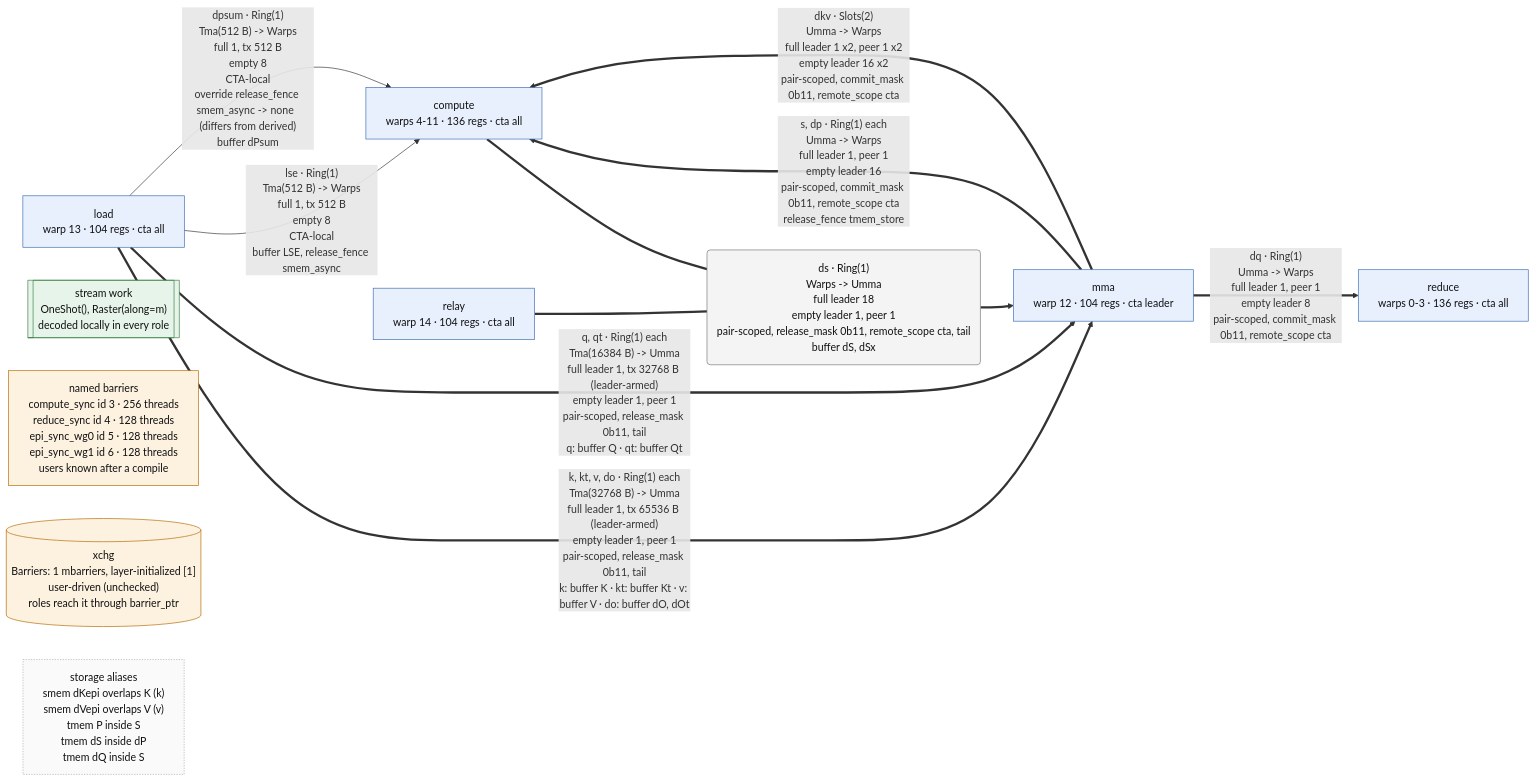
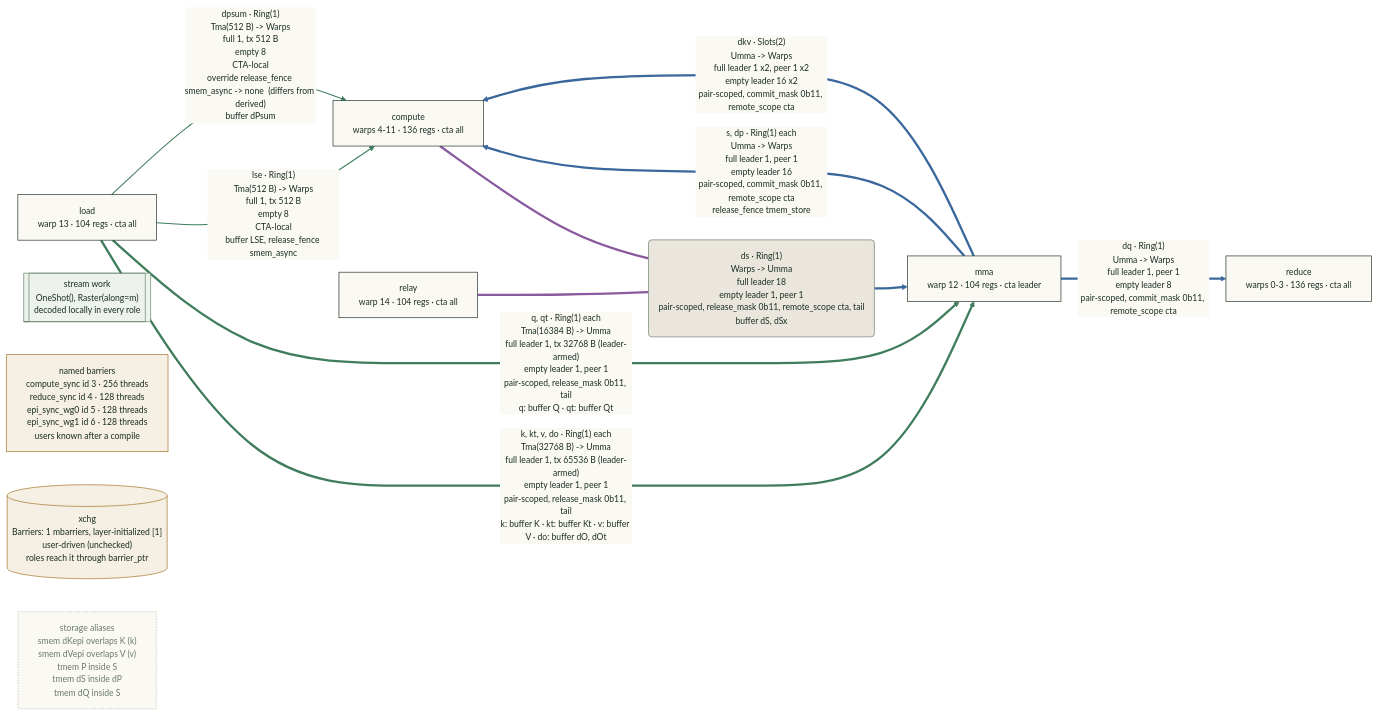
One commit to drisspg/transformer_nuggets changed the third of 3 diagrams in transformer_nuggets/cute/warpdrive/docs/tracing.md. Above: the diagram before and after it, drawn with Mermaid. The commit also changed other lines of this file and 4 other files, not shown here.

````diff
--- a/transformer_nuggets/cute/warpdrive/docs/tracing.md
+++ b/transformer_nuggets/cute/warpdrive/docs/tracing.md
@@ -210,35 +217,39 @@
 ```mermaid
-%%{init: {"flowchart": {"wrappingWidth": 400}}}%%
+%%{init: {"theme": "base", "flowchart": {"wrappingWidth": 400, "curve": "basis"}, "themeVariables": {"fontSize": "13px", "lineColor": "#6a7a6e", "edgeLabelBackground": "#fbf9f4", "primaryColor": "#fbf9f4", "primaryBorderColor": "#1a2e22", "primaryTextColor": "#1a2e22"}}}%%
 %% FlashAttentionBackward2Cta: 16 warps, CTA pair (2, 1, 1), tcgen05 CtaGroup.TWO, leader = rank 0
 flowchart LR
   role_reduce["reduce<br>warps 0-3 · 136 regs · cta all"]
   role_compute["compute<br>warps 4-11 · 136 regs · cta all"]
   role_mma["mma<br>warp 12 · 104 regs · cta leader"]
   role_load["load<br>warp 13 · 104 regs · cta all"]
   role_relay["relay<br>warp 14 · 104 regs · cta all"]
   stream_work[["stream work<br>OneShot(), Raster(along=m)<br>decoded locally in every role"]]
   channel_ds("ds · Ring(1)<br>Warps -#gt; Umma<br>full leader 18<br>empty leader 1, peer 1<br>pair-scoped, release_mask 0b11, remote_scope cta, tail<br>buffer dS, dSx")
   named_list_barriers["named barriers<br>compute_sync id 3 · 256 threads<br>reduce_sync id 4 · 128 threads<br>epi_sync_wg0 id 5 · 128 threads<br>epi_sync_wg1 id 6 · 128 threads<br>users known after a compile"]
   barriers_xchg[("xchg<br>Barriers: 1 mbarriers, layer-initialized [1]<br>user-driven (unchecked)<br>roles reach it through barrier_ptr")]
   storage_aliases["storage aliases<br>smem dKepi overlaps K (k)<br>smem dVepi overlaps V (v)<br>tmem P inside S<br>tmem dS inside dP<br>tmem dQ inside S"]
   role_compute === channel_ds
   role_relay === channel_ds
   channel_ds ==> role_mma
   role_load ==>|"k, kt, v, do · Ring(1) each<br>Tma(32768 B) -#gt; Umma<br>full leader 1, tx 65536 B (leader-armed)<br>empty leader 1, peer 1<br>pair-scoped, release_mask 0b11, tail<br>k: buffer K · kt: buffer Kt · v: buffer V · do: buffer dO, dOt"| role_mma
   role_load ==>|"q, qt · Ring(1) each<br>Tma(16384 B) -#gt; Umma<br>full leader 1, tx 32768 B (leader-armed)<br>empty leader 1, peer 1<br>pair-scoped, release_mask 0b11, tail<br>q: buffer Q · qt: buffer Qt"| role_mma
   role_load -->|"lse · Ring(1)<br>Tma(512 B) -#gt; Warps<br>full 1, tx 512 B<br>empty 8<br>CTA-local<br>buffer LSE, release_fence smem_async"| role_compute
   role_load -->|"dpsum · Ring(1)<br>Tma(512 B) -#gt; Warps<br>full 1, tx 512 B<br>empty 8<br>CTA-local<br>override release_fence smem_async -#gt; none  (differs from derived)<br>buffer dPsum"| role_compute
   role_mma ==>|"s, dp · Ring(1) each<br>Umma -#gt; Warps<br>full leader 1, peer 1<br>empty leader 16<br>pair-scoped, commit_mask 0b11, remote_scope cta<br>release_fence tmem_store"| role_compute
   role_mma ==>|"dq · Ring(1)<br>Umma -#gt; Warps<br>full leader 1, peer 1<br>empty leader 8<br>pair-scoped, commit_mask 0b11, remote_scope cta"| role_reduce
   role_mma ==>|"dkv · Slots(2)<br>Umma -#gt; Warps<br>full leader 1 x2, peer 1 x2<br>empty leader 16 x2<br>pair-scoped, commit_mask 0b11, remote_scope cta"| role_compute
-  classDef role fill:#e8f0fe,stroke:#3b6db3,color:#111
+  classDef role fill:#fbf9f4,stroke:#1a2e22,color:#1a2e22
   class role_reduce,role_compute,role_mma,role_load,role_relay role
-  classDef stream fill:#e6f4ea,stroke:#3a7d44,color:#111
+  classDef stream fill:#eef2ec,stroke:#5f7f67,color:#1a2e22
   class stream_work stream
-  classDef channel fill:#f4f4f4,stroke:#777,color:#111
+  classDef channel fill:#eae6de,stroke:#6a7a6e,color:#1a2e22
   class channel_ds channel
-  classDef sync fill:#fdf2e0,stroke:#b26a00,color:#111
+  classDef sync fill:#f6efe3,stroke:#a26f22,color:#1a2e22
   class named_list_barriers,barriers_xchg sync
-  classDef storage fill:#fafafa,stroke:#aaa,stroke-dasharray:2 2,color:#111
+  classDef storage fill:#fbf9f4,stroke:#b9b4aa,stroke-dasharray:2 2,color:#6a7a6e
   class storage_aliases storage
+  linkStyle 0,1 stroke:#8a5a9e,stroke-width:3.5px
+  linkStyle 2,7,8,9 stroke:#3b689c,stroke-width:3.5px
+  linkStyle 3,4 stroke:#3f7d5c,stroke-width:3.5px
+  linkStyle 5,6 stroke:#3f7d5c,stroke-width:1.6px
 ```
````
